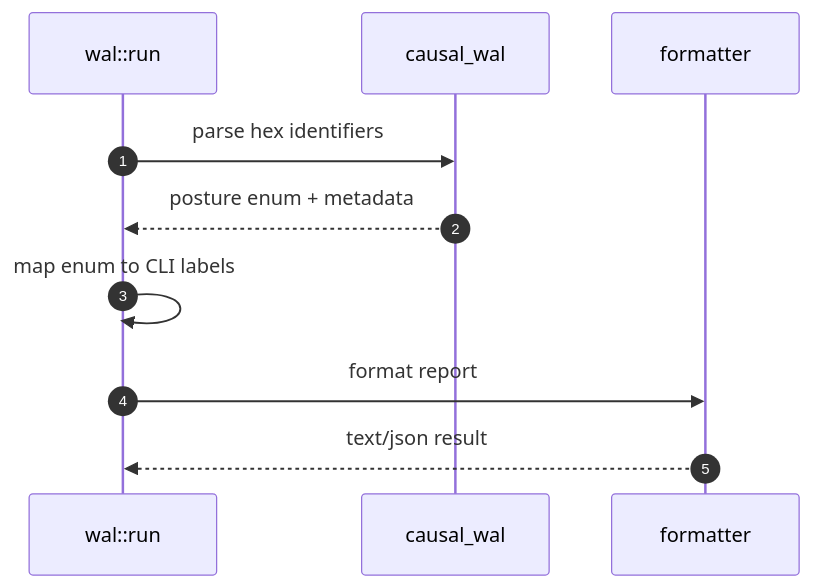
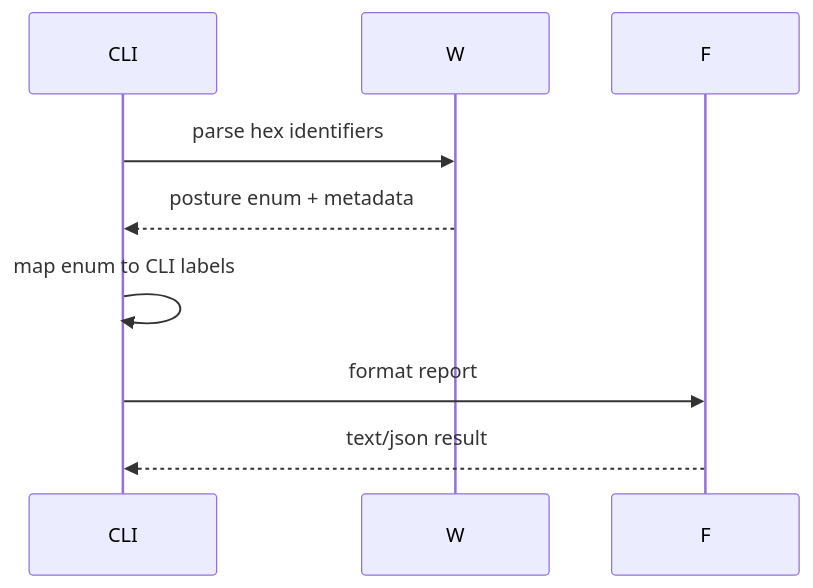
One commit to flyingrobots/echo changed the eighth of 34 diagrams in docs/technical-teardown.md. Above: the diagram before and after it, drawn with Mermaid. The commit also changed other lines of this file, not shown here.

Commit message:
docs: harden technical teardown mermaid diagrams

````diff
--- a/docs/technical-teardown.md
+++ b/docs/technical-teardown.md
@@ -300,13 +299,12 @@
 ```mermaid
 sequenceDiagram
-  autonumber
-  participant CLI as wal::run
-  participant W as causal_wal
-  participant F as formatter
+  participant CLI
+  participant W
+  participant F
 
   CLI->>W: parse hex identifiers
   W-->>CLI: posture enum + metadata
   CLI->>CLI: map enum to CLI labels
   CLI->>F: format report
   F-->>CLI: text/json result
 ```
````
